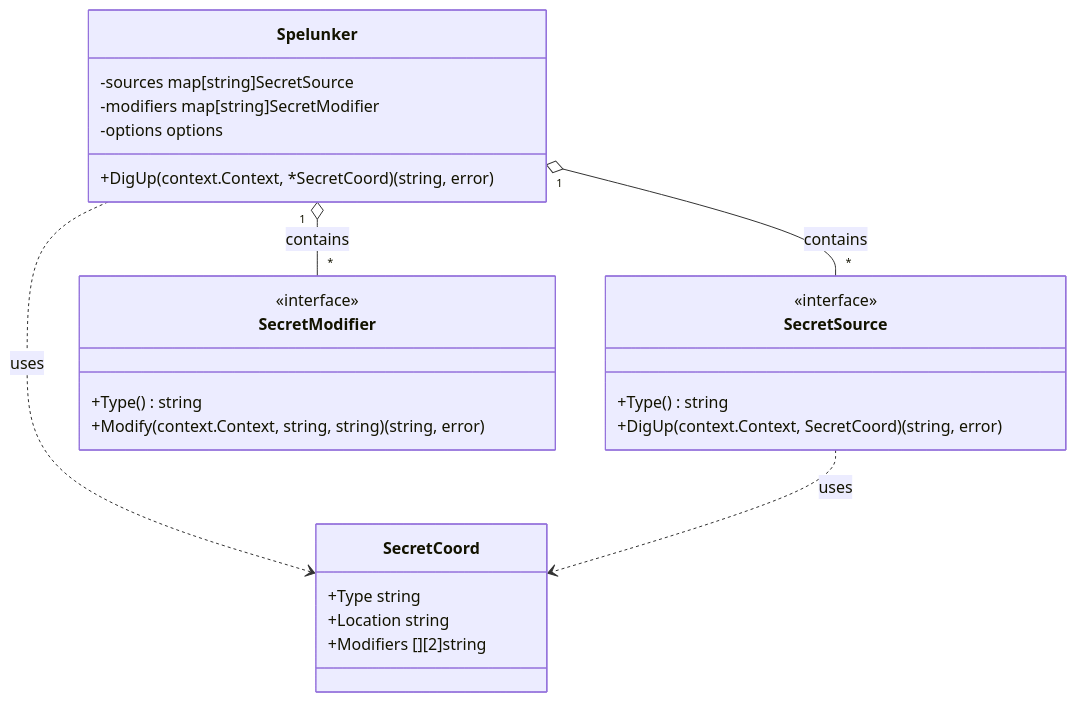
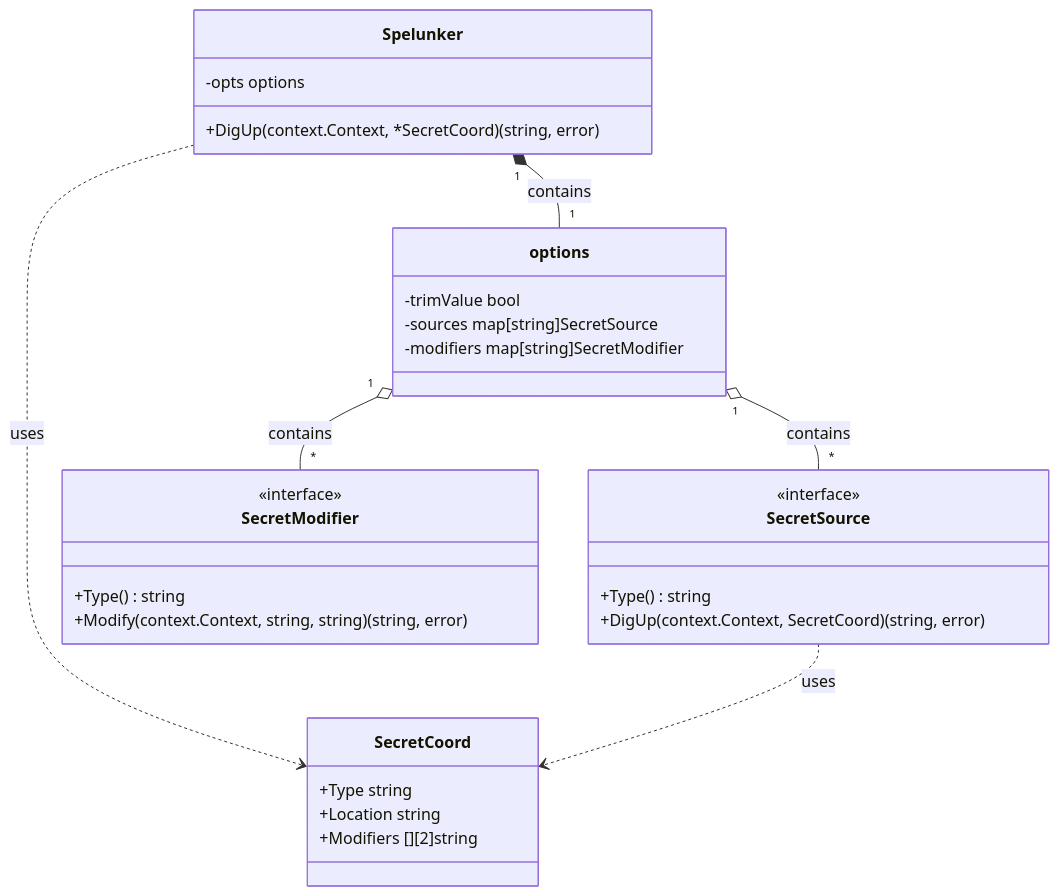
The first of 2 diagrams in ARCHITECTURE.md (detro/spelunk), drawn with Mermaid before and after one commit. The commit also changed other lines of this file and 1 other file, not shown here.

````diff
--- a/ARCHITECTURE.md
+++ b/ARCHITECTURE.md
@@ -20,32 +20,37 @@
 ```mermaid
 classDiagram
     class Spelunker {
+        -opts options
+        +DigUp(context.Context, *SecretCoord) (string, error)
+    }
+
+    class options {
+        -trimValue bool
         -sources map[string]SecretSource
         -modifiers map[string]SecretModifier
-        -options options
-        +DigUp(context.Context, *SecretCoord) (string, error)
     }
 
     class SecretCoord {
         +Type string
         +Location string
         +Modifiers [][2]string
     }
 
     class SecretSource {
         <<interface>>
         +Type() string
         +DigUp(context.Context, SecretCoord) (string, error)
     }
 
     class SecretModifier {
         <<interface>>
         +Type() string
         +Modify(context.Context, string, string) (string, error)
     }
 
-    Spelunker "1" o-- "*" SecretSource : contains
-    Spelunker "1" o-- "*" SecretModifier : contains
+    Spelunker "1" *-- "1" options : contains
+    options "1" o-- "*" SecretSource : contains
+    options "1" o-- "*" SecretModifier : contains
     Spelunker ..> SecretCoord : uses
     SecretSource ..> SecretCoord : uses
 ```
````
